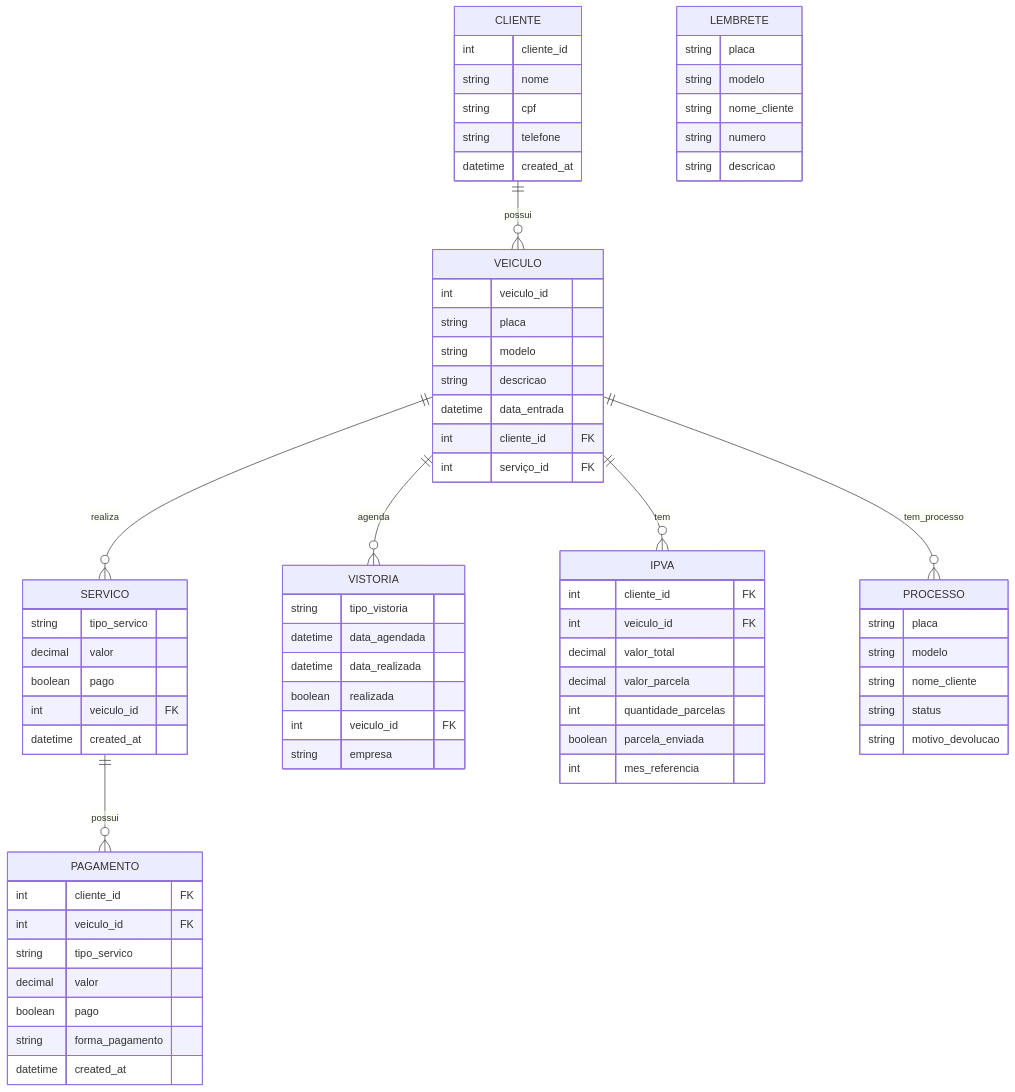
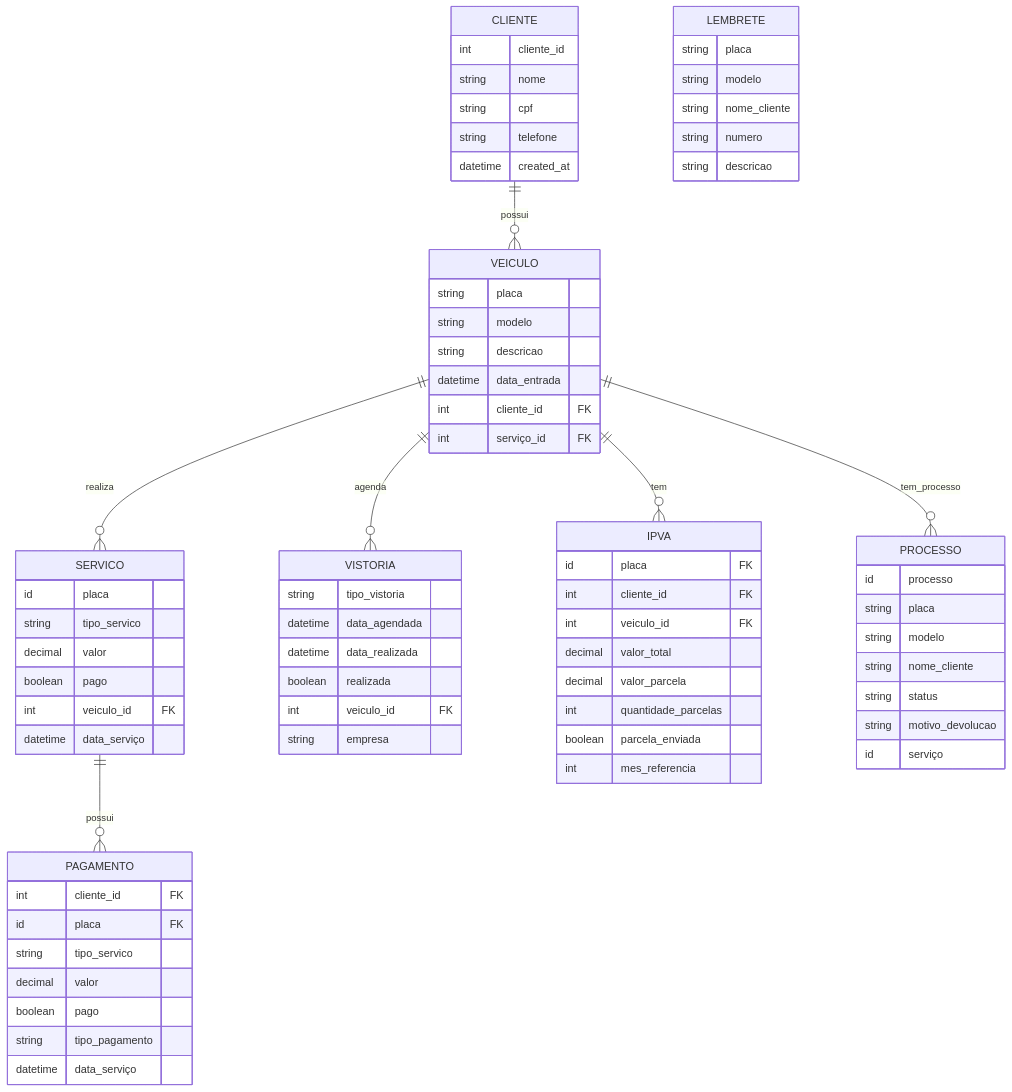
The diagram in README.md (Annanicacio/Sistema-de-Gerenciamento), drawn with Mermaid before and after one commit.

```diff
--- a/README.md
+++ b/README.md
@@ -89,7 +89,6 @@
     }
 
     VEICULO {
-        int veiculo_id
         string placa
         string modelo
         string descricao
@@ -99,22 +98,22 @@
     }
 
     SERVICO {
-        
+        id placa 
         string tipo_servico
         decimal valor
         boolean pago
         int veiculo_id FK
-        datetime created_at
+        datetime data_serviço
     }
 
    PAGAMENTO {
         int cliente_id FK
-        int veiculo_id FK
+        id placa FK
         string tipo_servico
         decimal valor
         boolean pago
-        string forma_pagamento
-        datetime created_at
+        string tipo_pagamento
+        datetime data_serviço
     }
 
     VISTORIA {
@@ -128,7 +127,7 @@
     }
 
     IPVA {
-        
+        id placa FK
         int cliente_id FK
         int veiculo_id FK
         decimal valor_total
@@ -149,12 +148,13 @@
 
 
     PROCESSO {
-        
+        id processo
         string placa
         string modelo
         string nome_cliente
         string status
         string motivo_devolucao
+        id serviço
     }
 
     CLIENTE ||--o{ VEICULO : possui
```
